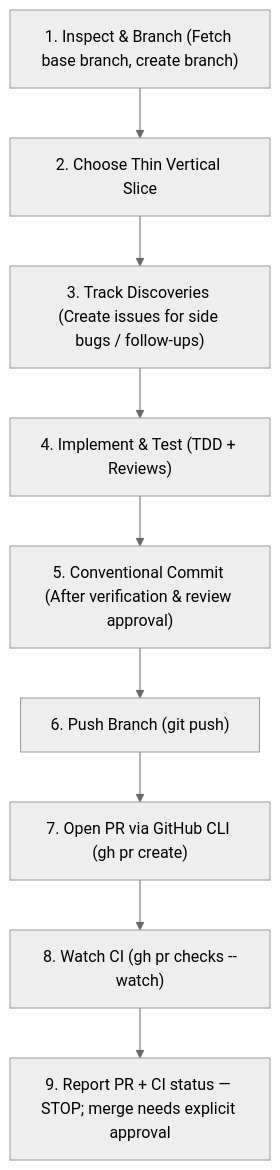
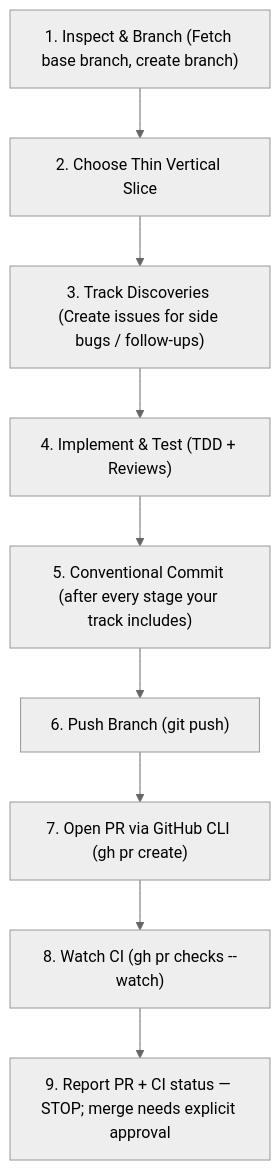
The diagram in .agents/skills/slice-and-pr/SKILL.md (scottdensmore/contoso), drawn with Mermaid (neutral theme) before and after one commit. The commit also changed other lines of this file and 36 other files, not shown here.

````diff
--- a/.agents/skills/slice-and-pr/SKILL.md
+++ b/.agents/skills/slice-and-pr/SKILL.md
@@ -17,11 +17,11 @@
 ```mermaid
 flowchart TD
     A["1. Inspect & Branch (Fetch base branch, create branch)"] --> B["2. Choose Thin Vertical Slice"]
     B --> C["3. Track Discoveries (Create issues for side bugs / follow-ups)"]
     C --> D["4. Implement & Test (TDD + Reviews)"]
-    D --> E["5. Conventional Commit (After verification & review approval)"]
+    D --> E["5. Conventional Commit (after every stage your track includes)"]
     E --> F["6. Push Branch (git push)"]
     F --> G["7. Open PR via GitHub CLI (gh pr create)"]
     G --> H["8. Watch CI (gh pr checks --watch)"]
     H --> I["9. Report PR + CI status — STOP; merge needs explicit approval"]
 ```
````
